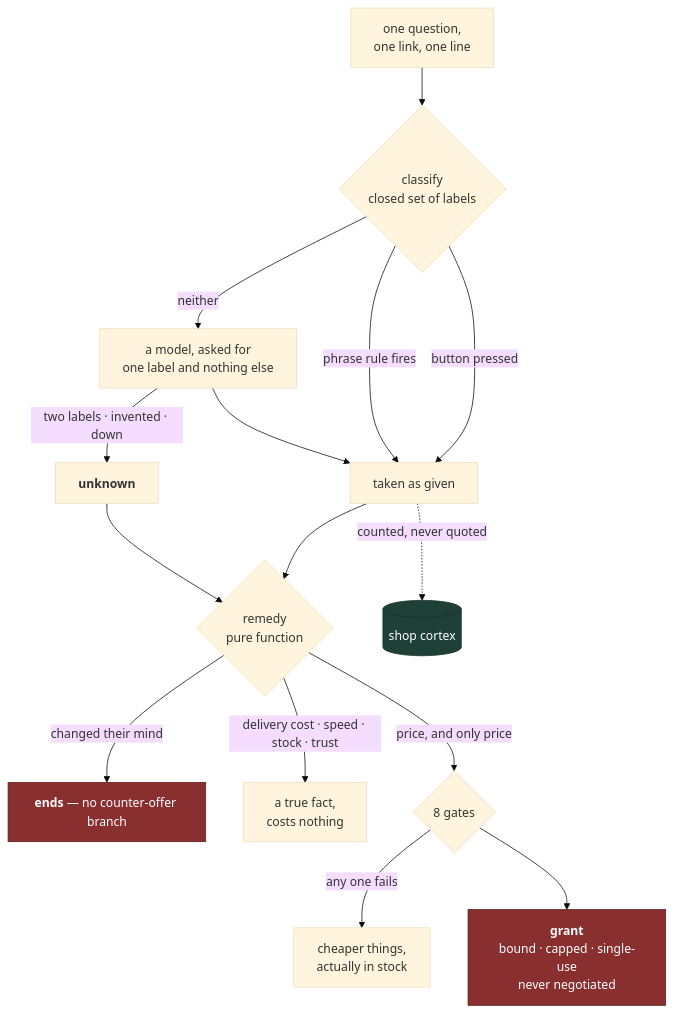
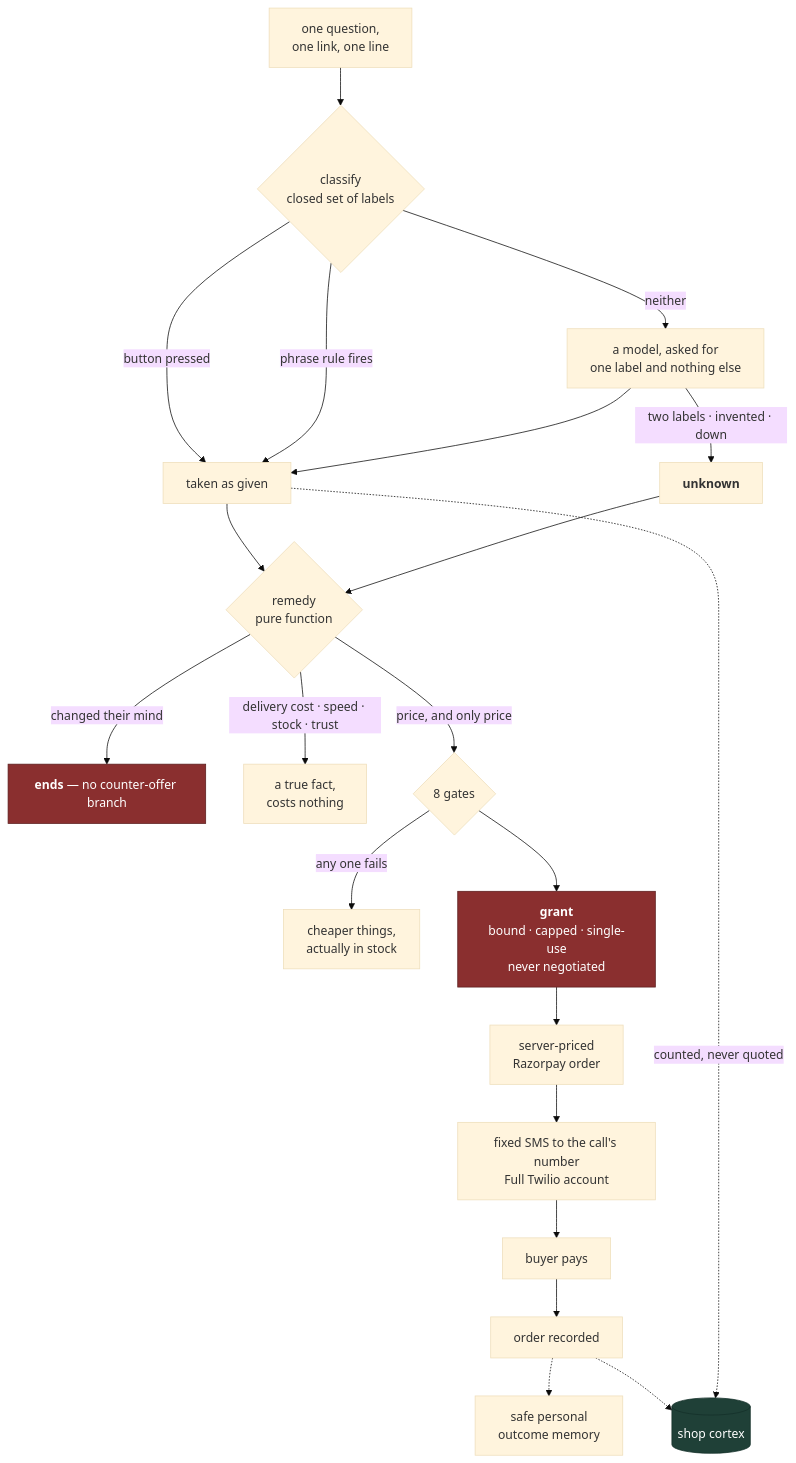
The seventh of 21 diagrams in docs/architecture.md (supersanchayrx/RazorPay-Buildathon), drawn with Mermaid (base theme) before and after one commit. The commit also changed other lines of this file and 38 other files, not shown here.

````diff
--- a/docs/architecture.md
+++ b/docs/architecture.md
@@ -396,21 +396,27 @@
 ```mermaid
 flowchart TD
     Q["one question,<br/>one link, one line"] --> C{"classify<br/>closed set of labels"}
     C -->|"button pressed"| T["taken as given"]
     C -->|"phrase rule fires"| T
     C -->|"neither"| M["a model, asked for<br/>one label and nothing else"]
     M -->|"two labels · invented · down"| U["<b>unknown</b>"]
     M --> T
     T --> R{"remedy<br/>pure function"}
     U --> R
     R -->|"changed their mind"| X["<b>ends</b> — no counter-offer branch"]
     R -->|"delivery cost · speed · stock · trust"| F["a true fact,<br/>costs nothing"]
     R -->|"price, and only price"| G{"8 gates"}
     G -->|"any one fails"| CS["cheaper things,<br/>actually in stock"]
     G --> GR["<b>grant</b><br/>bound · capped · single-use<br/>never negotiated"]
+    GR --> RO["server-priced<br/>Razorpay order"]
+    RO --> SM["fixed SMS to the call's number<br/>Full Twilio account"]
+    SM --> PY["buyer pays"]
+    PY --> OR["order recorded"]
+    OR -.-> PM["safe personal<br/>outcome memory"]
+    OR -.-> CX
     T -.->|"counted, never quoted"| CX[("shop cortex")]
 
     style X fill:#8a2f2f,stroke:#5c1f1f,color:#fff
     style GR fill:#8a2f2f,stroke:#5c1f1f,color:#fff
     style CX fill:#1f4037,stroke:#143029,color:#fff
 ```
````
